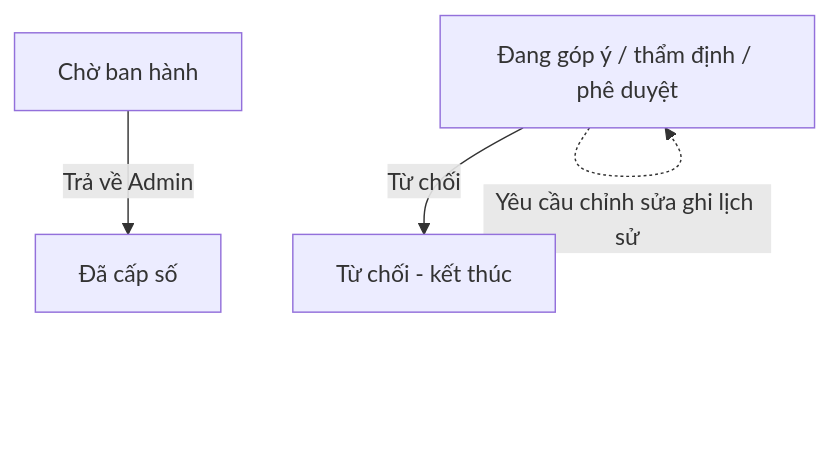
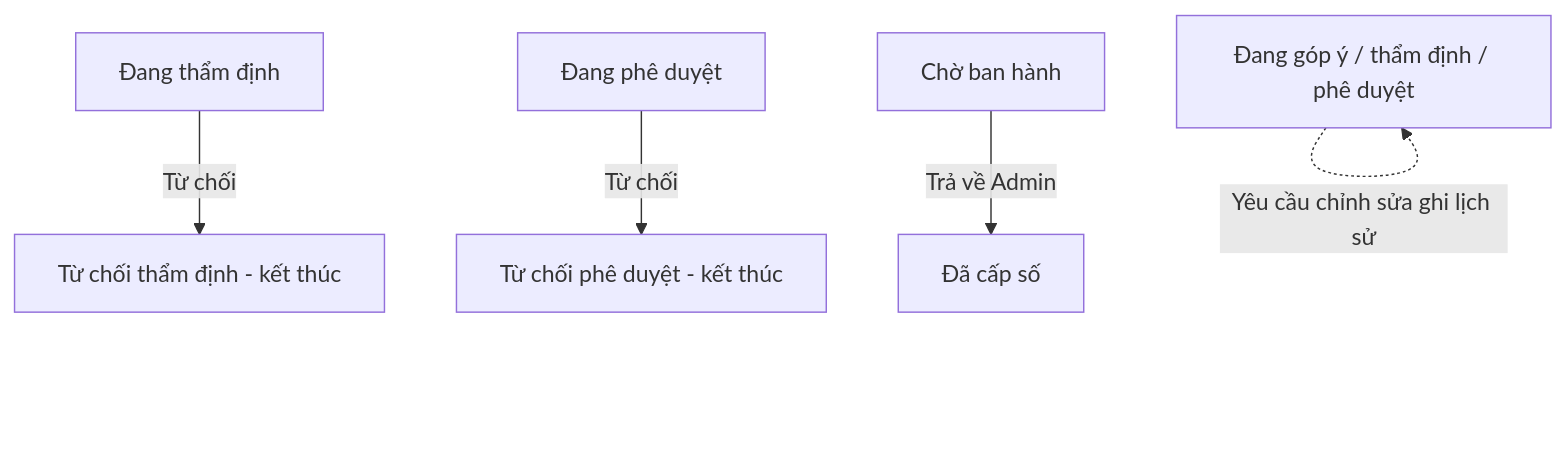
One commit to anhkhazxcv/Sharepoint-fx-PhatHanhVanBan changed the second of 2 diagrams in docs/PhvbMag_Luong_TrangThai.md. Above: the diagram before and after it, drawn with Mermaid. The commit also changed other lines of this file and 84 other files, not shown here.

Commit message:
feat(phvb): chuẩn hoá lịch sử thực hiện, sửa tải template và cập nhật UI chi tiết

````diff
--- a/docs/PhvbMag_Luong_TrangThai.md
+++ b/docs/PhvbMag_Luong_TrangThai.md
@@ -54,7 +54,9 @@
 ```mermaid
 flowchart TD
-  Workflow[Đang góp ý / thẩm định / phê duyệt]
-  Workflow -->|Từ chối| TuChoi[Từ chối - kết thúc]
-  Workflow -.->|Yêu cầu chỉnh sửa ghi lịch sử| Workflow
+  ThamDinh[Đang thẩm định]
+  PheDuyet[Đang phê duyệt]
+  ThamDinh -->|Từ chối| TuChoiThamDinh[Từ chối thẩm định - kết thúc]
+  PheDuyet -->|Từ chối| TuChoiPheDuyet[Từ chối phê duyệt - kết thúc]
+  Workflow[Đang góp ý / thẩm định / phê duyệt] -.->|Yêu cầu chỉnh sửa ghi lịch sử| Workflow
   ChoBanHanh[Chờ ban hành] -->|Trả về Admin| DaCapSo[Đã cấp số]
 ```
````
